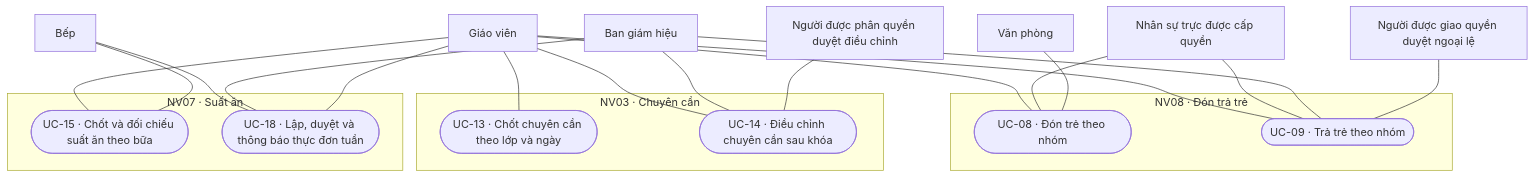
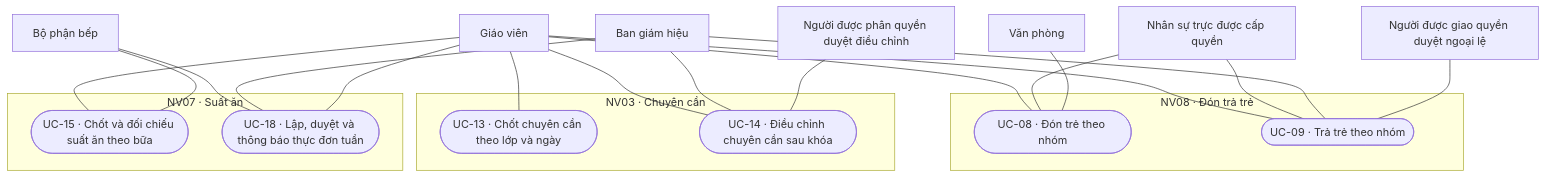
Before and after one commit to CAMEL1204/Kindergarten-Management-System: the third of 4 diagrams in docs/analysis/diagrams/use-case-toan-he-thong.md, drawn with Mermaid. The commit also changed other lines of this file and 8 other files, not shown here.

Commit message:
hoan thien dfd, erd

````diff
--- a/docs/analysis/diagrams/use-case-toan-he-thong.md
+++ b/docs/analysis/diagrams/use-case-toan-he-thong.md
@@ -68,38 +68,38 @@
 ```mermaid
 flowchart TD
     subgraph N08["NV08 · Đón trả trẻ"]
         U08(["UC-08 · Đón trẻ theo nhóm"])
         U09(["UC-09 · Trả trẻ theo nhóm"])
     end
     subgraph N03["NV03 · Chuyên cần"]
         U13(["UC-13 · Chốt chuyên cần theo lớp và ngày"])
         U14(["UC-14 · Điều chỉnh chuyên cần sau khóa"])
     end
     subgraph N07["NV07 · Suất ăn"]
         U15(["UC-15 · Chốt và đối chiếu suất ăn theo bữa"])
         U18(["UC-18 · Lập, duyệt và thông báo thực đơn tuần"])
     end
     A1["Giáo viên"]
     A2["Nhân sự trực được cấp quyền"]
     A3["Văn phòng"]
     A4["Ban giám hiệu"]
     A5["Người được giao quyền duyệt ngoại lệ"]
     A6["Người được phân quyền duyệt điều chỉnh"]
-    A7["Bếp"]
+    A7["Bộ phận bếp"]
     A1 --- U08
     A2 --- U08
     A3 --- U08
     A1 --- U09
     A2 --- U09
     A4 --- U09
     A5 --- U09
     A1 --- U13
     A1 --- U14
     A4 --- U14
     A6 --- U14
     A1 --- U15
     A7 --- U15
     A7 --- U18
     A4 --- U18
     A1 --- U18
 ```
````
